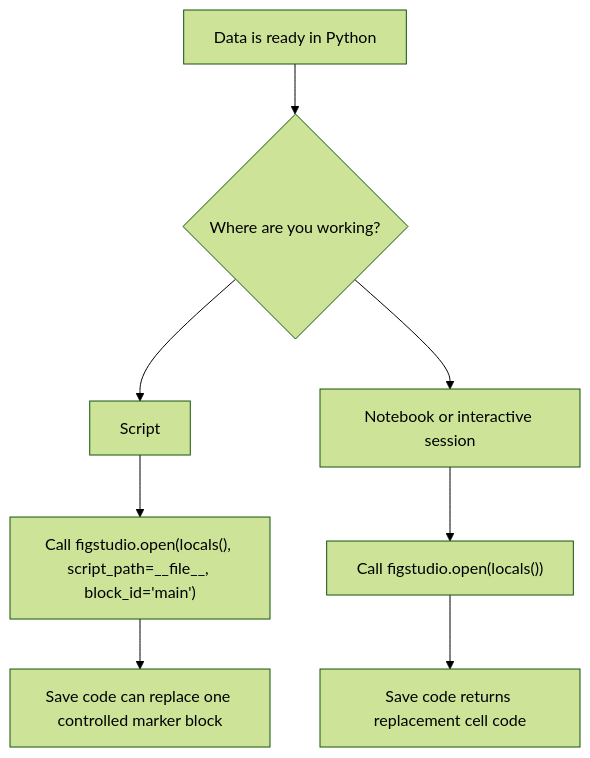
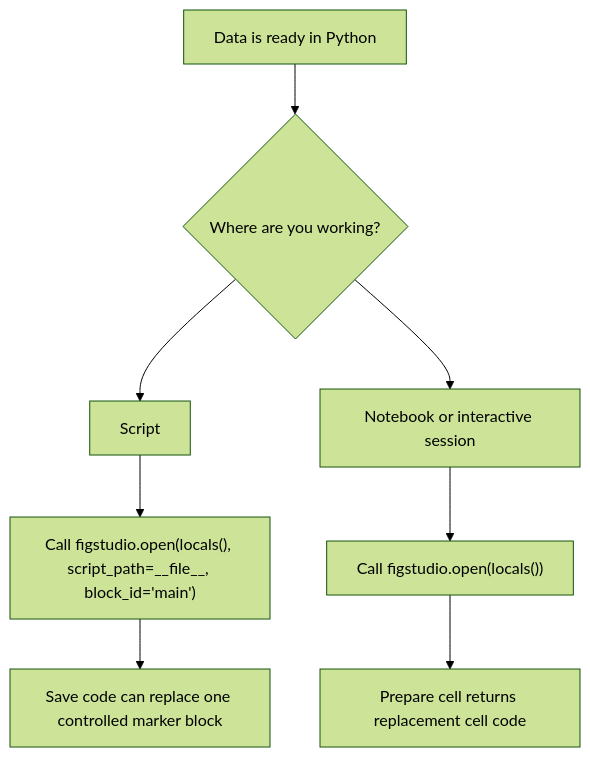
Before and after one commit to Isabelle20070607/figstudio: the diagram in docs/en/getting-started.md, drawn with Mermaid (forest theme). The commit also changed other lines of this file and 8 other files, not shown here.

````diff
--- a/docs/en/getting-started.md
+++ b/docs/en/getting-started.md
@@ -23,10 +23,10 @@
 ```mermaid
 flowchart TD
   A["Data is ready in Python"] --> B{"Where are you working?"}
   B --> C["Script"]
   B --> D["Notebook or interactive session"]
   C --> E["Call figstudio.open(locals(), script_path=__file__, block_id='main')"]
   D --> F["Call figstudio.open(locals())"]
   E --> G["Save code can replace one controlled marker block"]
-  F --> H["Save code returns replacement cell code"]
+  F --> H["Prepare cell returns replacement cell code"]
 ```
````
